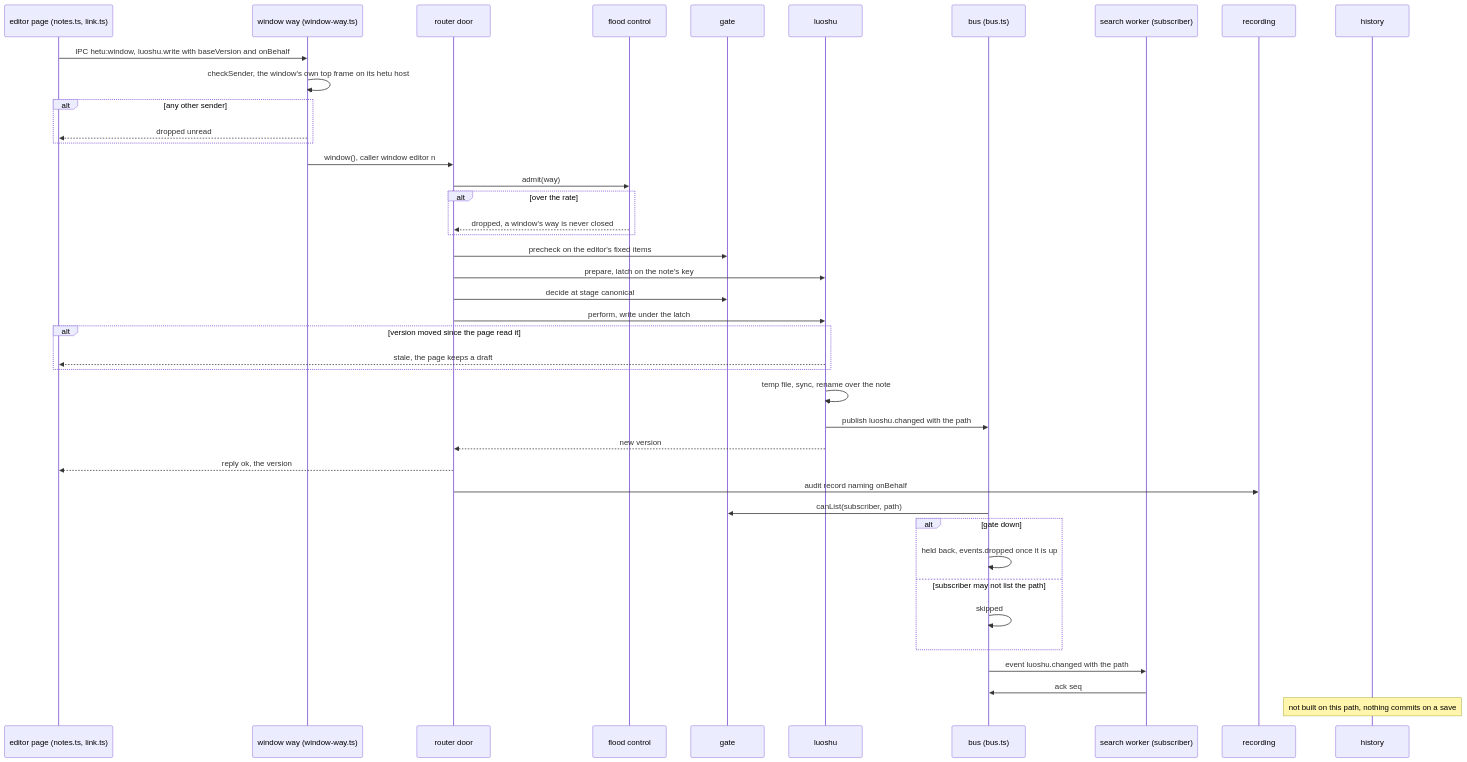
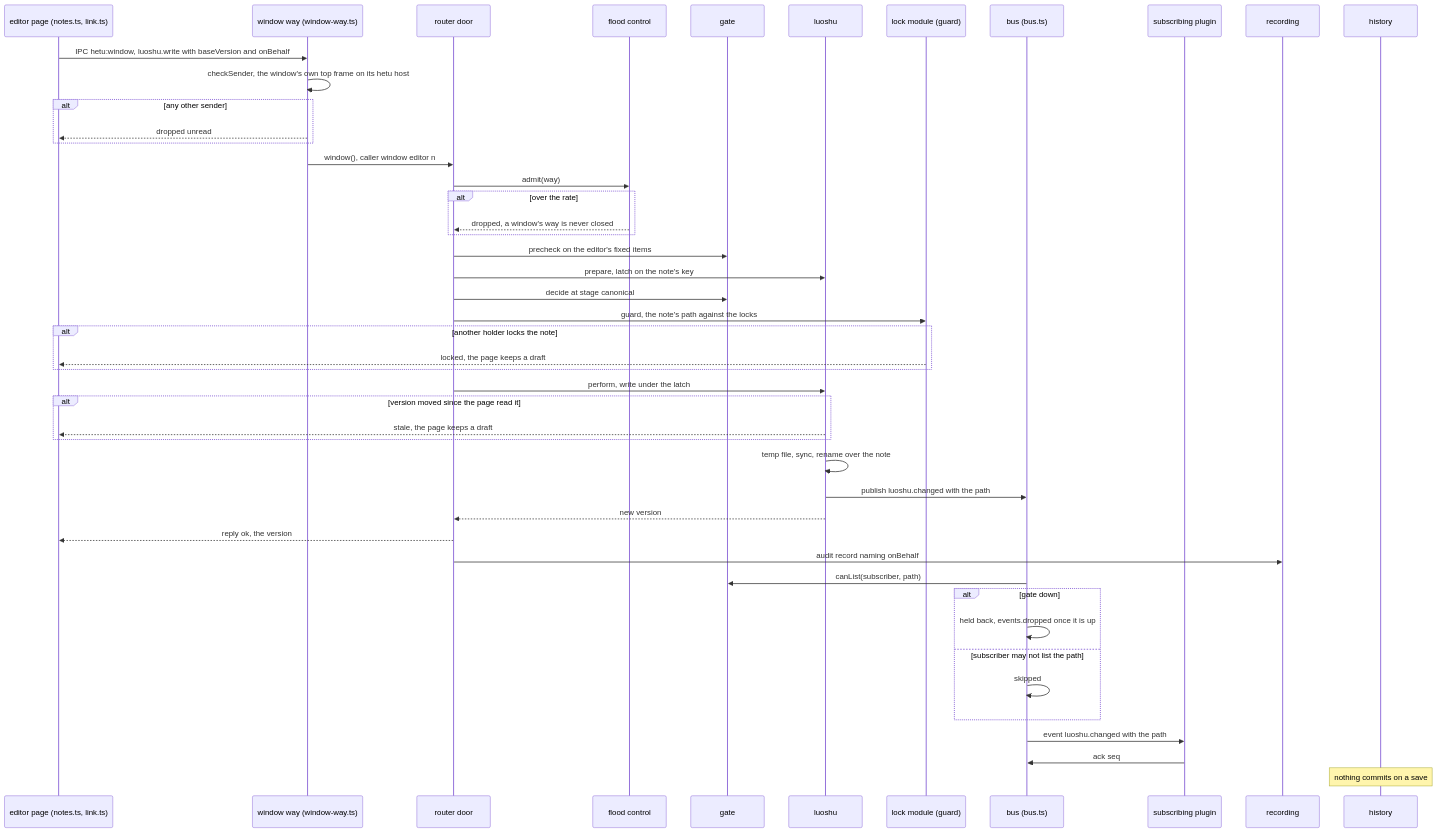
One commit to QianChenTT/hetu changed the second of 5 diagrams in docs/flows.md. Above: the diagram before and after it, drawn with Mermaid. The commit also changed other lines of this file and 4 other files, not shown here.

First line of the commit message:
Bring the map, the five flows and the READMEs to main as the core build left it

````diff
--- a/docs/flows.md
+++ b/docs/flows.md
@@ -171,45 +171,50 @@
 ```mermaid
 sequenceDiagram
     participant E as editor page (notes.ts, link.ts)
     participant W as window way (window-way.ts)
     participant D as router door
     participant FC as flood control
     participant G as gate
     participant L as luoshu
+    participant LK as lock module (guard)
     participant B as bus (bus.ts)
-    participant SW as search worker (subscriber)
+    participant SW as subscribing plugin
     participant RC as recording
     participant HI as history
 
     E->>W: IPC hetu:window, luoshu.write with baseVersion and onBehalf
     W->>W: checkSender, the window's own top frame on its hetu host
     alt any other sender
         W-->>E: dropped unread
     end
     W->>D: window(), caller window editor n
     D->>FC: admit(way)
     alt over the rate
         FC-->>D: dropped, a window's way is never closed
     end
     D->>G: precheck on the editor's fixed items
     D->>L: prepare, latch on the note's key
     D->>G: decide at stage canonical
+    D->>LK: guard, the note's path against the locks
+    alt another holder locks the note
+        LK-->>E: locked, the page keeps a draft
+    end
     D->>L: perform, write under the latch
     alt version moved since the page read it
         L-->>E: stale, the page keeps a draft
     end
     L->>L: temp file, sync, rename over the note
     L->>B: publish luoshu.changed with the path
     L-->>D: new version
     D-->>E: reply ok, the version
     D->>RC: audit record naming onBehalf
     B->>G: canList(subscriber, path)
     alt gate down
         B->>B: held back, events.dropped once it is up
     else subscriber may not list the path
         B->>B: skipped
     end
     B->>SW: event luoshu.changed with the path
     SW->>B: ack seq
-    Note over HI: not built on this path, nothing commits on a save
+    Note over HI: nothing commits on a save
 ```
````
